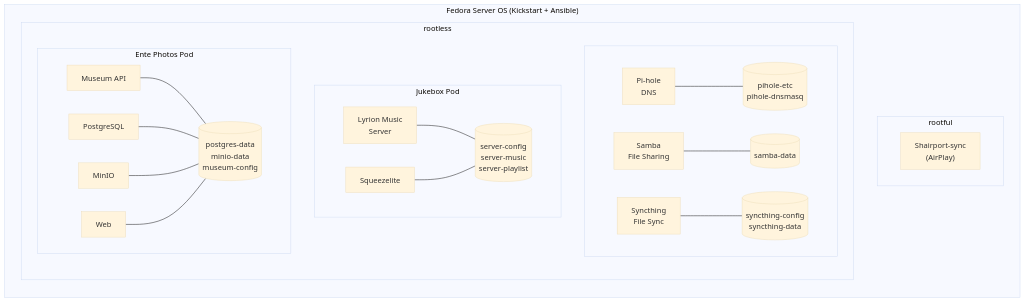
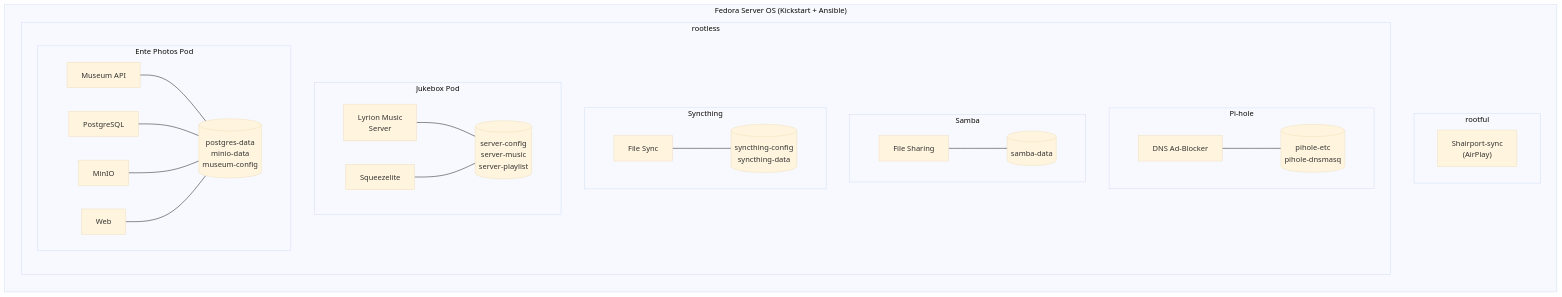
One commit to luckynrslevin/home-server changed the diagram in README.md. Above: the diagram before and after it, drawn with Mermaid (base theme).

Commit message:
Separate Pi-hole, Samba, Syncthing into individual boxes in diagram

````diff
--- a/README.md
+++ b/README.md
@@ -111,31 +111,39 @@
 ```mermaid
 graph LR
     subgraph OS["Fedora Server OS (Kickstart + Ansible)"]
         direction TB
 
         subgraph rootful
             SH["Shairport-sync<br/>(AirPlay)"]
         end
 
         subgraph rootless
             direction TB
 
-            subgraph row1[" "]
+            subgraph PH_S["Pi-hole"]
                 direction LR
-                PH["Pi-hole<br/>DNS"] --- PH_V[("pihole-etc<br/>pihole-dnsmasq")]
-                SMB["Samba<br/>File Sharing"] --- SMB_V[("samba-data")]
-                ST["Syncthing<br/>File Sync"] --- ST_V[("syncthing-config<br/>syncthing-data")]
+                PH["DNS Ad-Blocker"] --- PH_V[("pihole-etc<br/>pihole-dnsmasq")]
+            end
+
+            subgraph SMB_S["Samba"]
+                direction LR
+                SMB["File Sharing"] --- SMB_V[("samba-data")]
+            end
+
+            subgraph ST_S["Syncthing"]
+                direction LR
+                ST["File Sync"] --- ST_V[("syncthing-config<br/>syncthing-data")]
             end
 
             subgraph row2["Jukebox Pod"]
                 direction LR
                 LMS["Lyrion Music<br/>Server"] & SL["Squeezelite"] --- JB_V[("server-config<br/>server-music<br/>server-playlist")]
             end
 
             subgraph row3["Ente Photos Pod"]
                 direction LR
                 MUS["Museum API"] & PG["PostgreSQL"] & MIN["MinIO"] & WEB["Web"] --- EP_V[("postgres-data<br/>minio-data<br/>museum-config")]
             end
         end
     end
 ```
````
